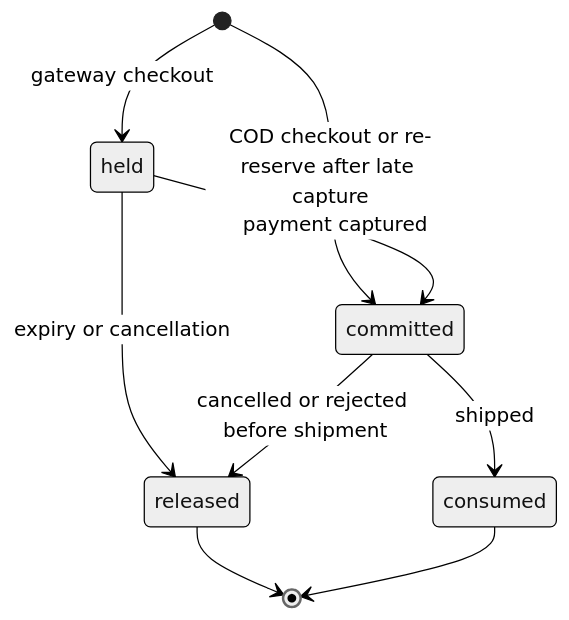
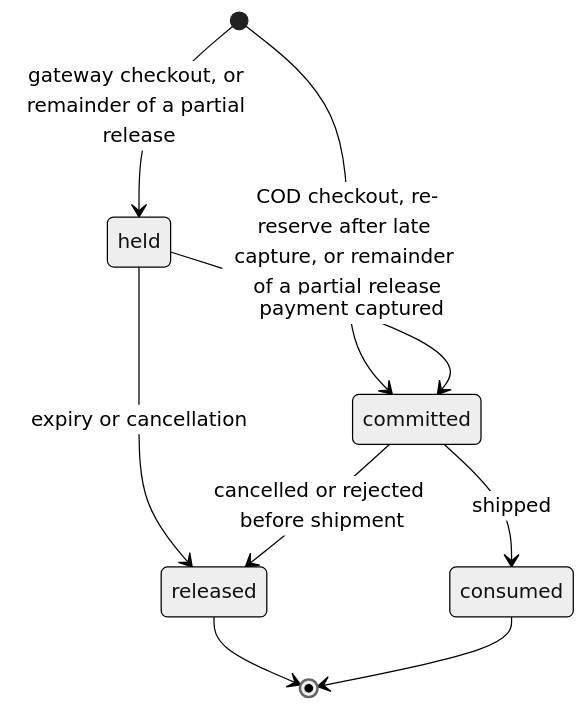
Diagram 11 of 13 in docs/05-order-payment-and-inventory-lifecycles.md (harublank0-0/drip-nepal), drawn with Mermaid (neutral theme) before and after one commit. The commit also changed other lines of this file, not shown here.

Commit message:
docs(05): audit 1 fixes parts F2d+F2e (partial-release remainder, release idempotency, per-unit RTO restock, adjustment 404; drift check finds orphan reservations, repair closes them first, handles count below reserved, correction reads under lock with stale-value guard)

````diff
--- a/docs/05-order-payment-and-inventory-lifecycles.md
+++ b/docs/05-order-payment-and-inventory-lifecycles.md
@@ -1248,11 +1279,11 @@
 ```mermaid
 stateDiagram-v2
-  [*] --> held: gateway checkout
-  [*] --> committed: COD checkout or re-reserve after late capture
+  [*] --> held: gateway checkout, or remainder of a partial release
+  [*] --> committed: COD checkout, re-reserve after late capture, or remainder of a partial release
   held --> committed: payment captured
   held --> released: expiry or cancellation
   committed --> consumed: shipped
   committed --> released: cancelled or rejected before shipment
   released --> [*]
   consumed --> [*]
 ```
````
